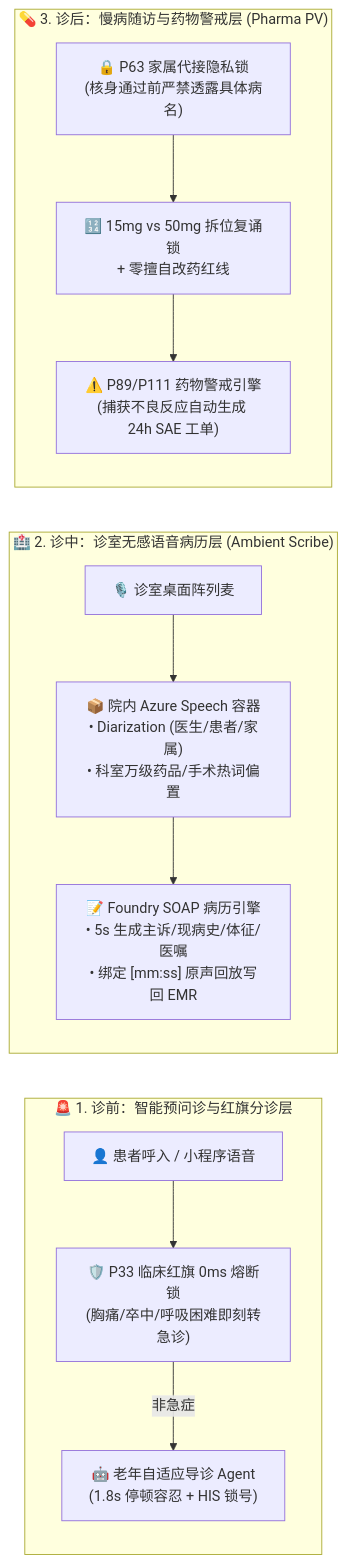
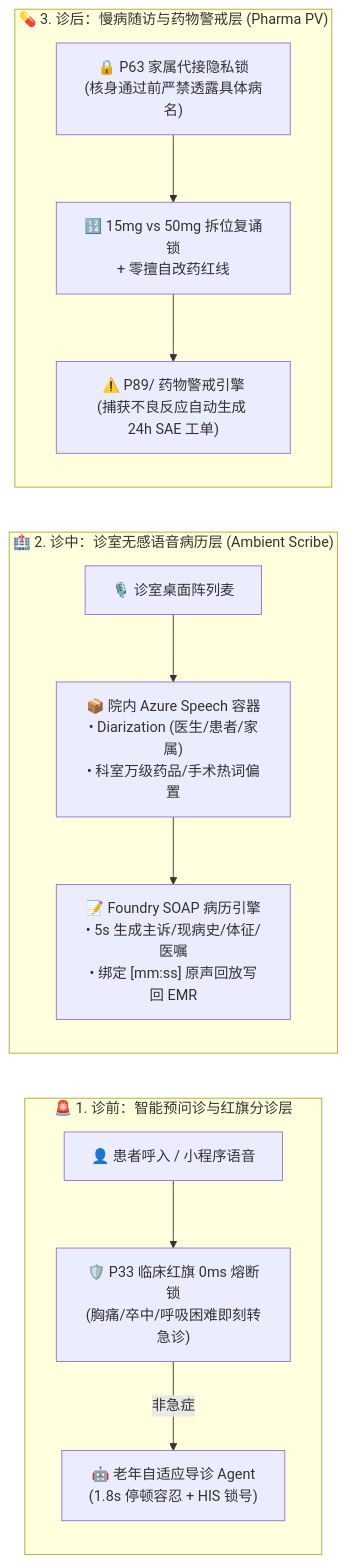
One commit to turbo998/voice-agent-lab changed the second of 3 diagrams in docs/healthcare-clinical-triage-chronic-followup-ambient-scribe-voice-selection-faq.md. Above: the diagram before and after it, drawn with Mermaid. The commit also changed other lines of this file and 715 other files, not shown here.

````diff
--- a/docs/healthcare-clinical-triage-chronic-followup-ambient-scribe-voice-selection-faq.md
+++ b/docs/healthcare-clinical-triage-chronic-followup-ambient-scribe-voice-selection-faq.md
@@ -102,26 +102,26 @@
 ```mermaid
 flowchart LR
-    subgraph PreVisit["🚨 1. 诊前：智能预问诊与红旗分诊层"]
-        direction TB
-        Caller["👤 患者呼入 / 小程序语音"]
-        RedFlag["🛡️ P33 临床红旗 0ms 熔断锁<br/>(胸痛/卒中/呼吸困难即刻转急诊)"]
-        TriageBot["🤖 老年自适应导诊 Agent<br/>(1.8s 停顿容忍 + HIS 锁号)"]
-        Caller --> RedFlag -->|"非急症"| TriageBot
-    end
+ subgraph PreVisit["🚨 1. 诊前：智能预问诊与红旗分诊层"]
+ direction TB
+ Caller["👤 患者呼入 / 小程序语音"]
+ RedFlag["🛡️ P33 临床红旗 0ms 熔断锁<br/>(胸痛/卒中/呼吸困难即刻转急诊)"]
+ TriageBot["🤖 老年自适应导诊 Agent<br/>(1.8s 停顿容忍 + HIS 锁号)"]
+ Caller --> RedFlag -->|"非急症"| TriageBot
+ end
 
-    subgraph InClinic["🏥 2. 诊中：诊室无感语音病历层 (Ambient Scribe)"]
-        direction TB
-        RoomMic["🎙️ 诊室桌面阵列麦"]
-        SpeechCont["📦 院内 Azure Speech 容器<br/>• Diarization (医生/患者/家属)<br/>• 科室万级药品/手术热词偏置"]
-        SoapGen["📝 Foundry SOAP 病历引擎<br/>• 5s 生成主诉/现病史/体征/医嘱<br/>• 绑定 [mm:ss] 原声回放写回 EMR"]
-        RoomMic --> SpeechCont --> SoapGen
-    end
+ subgraph InClinic["🏥 2. 诊中：诊室无感语音病历层 (Ambient Scribe)"]
+ direction TB
+ RoomMic["🎙️ 诊室桌面阵列麦"]
+ SpeechCont["📦 院内 Azure Speech 容器<br/>• Diarization (医生/患者/家属)<br/>• 科室万级药品/手术热词偏置"]
+ SoapGen["📝 Foundry SOAP 病历引擎<br/>• 5s 生成主诉/现病史/体征/医嘱<br/>• 绑定 [mm:ss] 原声回放写回 EMR"]
+ RoomMic --> SpeechCont --> SoapGen
+ end
 
-    subgraph PostVisit["💊 3. 诊后：慢病随访与药物警戒层 (Pharma PV)"]
-        direction TB
-        PrivacyGate["🔒 P63 家属代接隐私锁<br/>(核身通过前严禁透露具体病名)"]
-        DosageCheck["🔢 15mg vs 50mg 拆位复诵锁<br/>+ 零擅自改药红线"]
-        SaeReport["⚠️ P89/P111 药物警戒引擎<br/>(捕获不良反应自动生成 24h SAE 工单)"]
-        PrivacyGate --> DosageCheck --> SaeReport
-    end
+ subgraph PostVisit["💊 3. 诊后：慢病随访与药物警戒层 (Pharma PV)"]
+ direction TB
+ PrivacyGate["🔒 P63 家属代接隐私锁<br/>(核身通过前严禁透露具体病名)"]
+ DosageCheck["🔢 15mg vs 50mg 拆位复诵锁<br/>+ 零擅自改药红线"]
+ SaeReport["⚠️ P89/ 药物警戒引擎<br/>(捕获不良反应自动生成 24h SAE 工单)"]
+ PrivacyGate --> DosageCheck --> SaeReport
+ end
 ```
````
